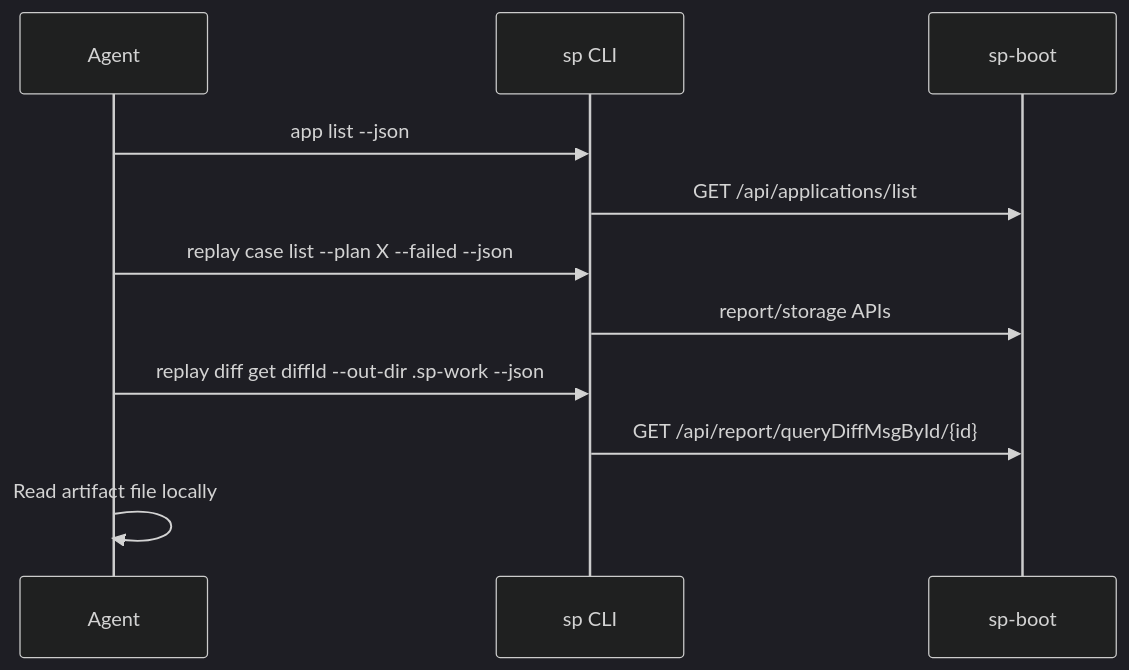
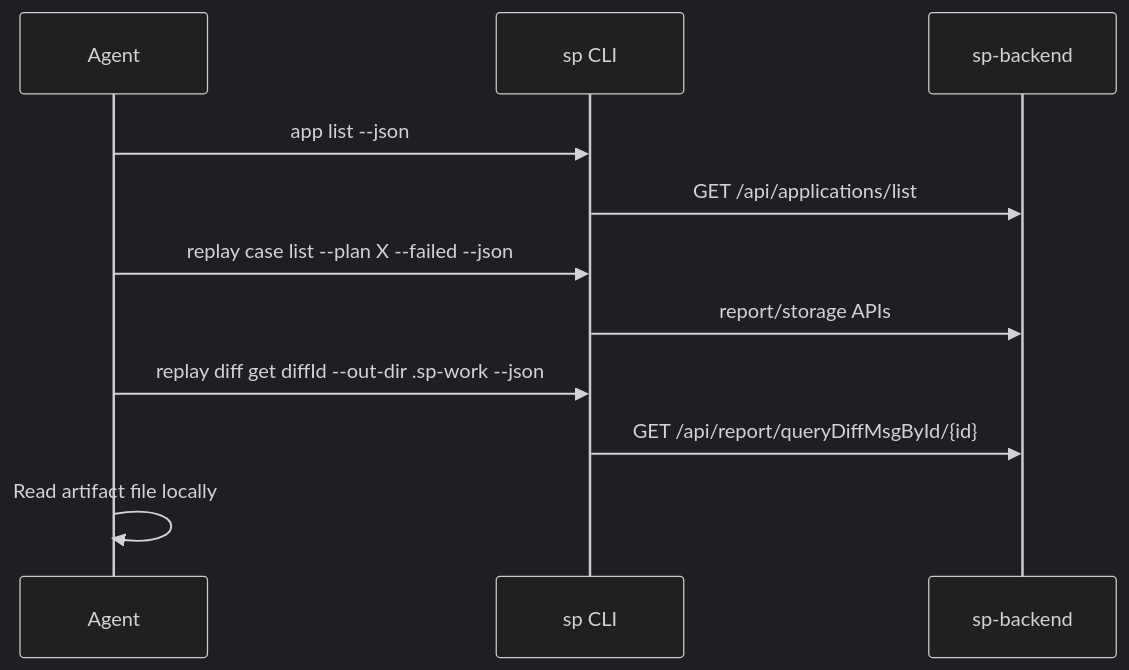
The diagram in en/testing/agents/overview.md (softprobe/document-website), drawn with Mermaid (dark theme) before and after one commit. The commit also changed 26 other files, not shown here.

````diff
--- a/en/testing/agents/overview.md
+++ b/en/testing/agents/overview.md
@@ -64,14 +64,14 @@
 ```mermaid
 sequenceDiagram
   participant Agent
   participant SP as sp CLI
-  participant API as sp-boot
+  participant API as sp-backend
 
   Agent->>SP: app list --json
   SP->>API: GET /api/applications/list
   Agent->>SP: replay case list --plan X --failed --json
   SP->>API: report/storage APIs
   Agent->>SP: replay diff get diffId --out-dir .sp-work --json
   SP->>API: GET /api/report/queryDiffMsgById/{id}
   Agent->>Agent: Read artifact file locally
 ```
````
